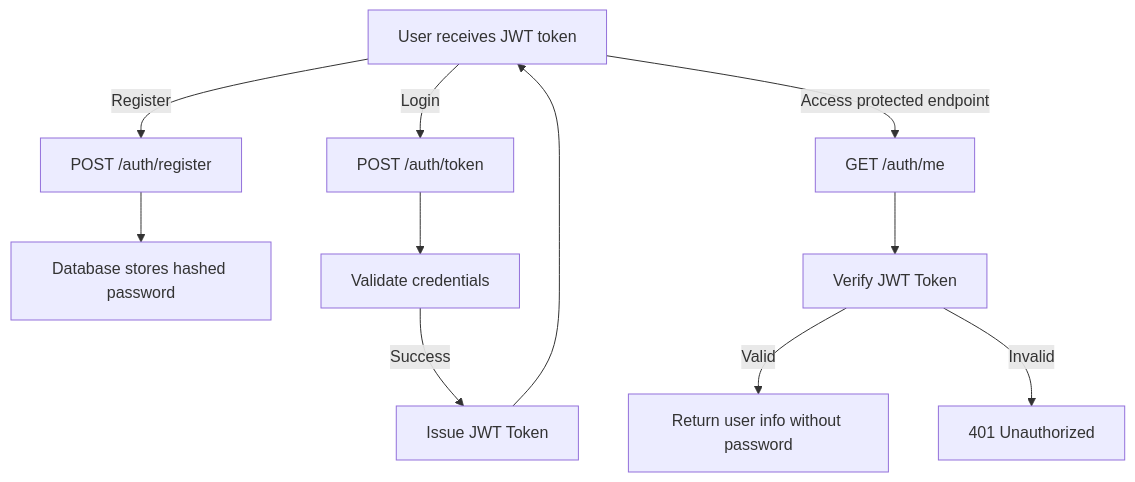
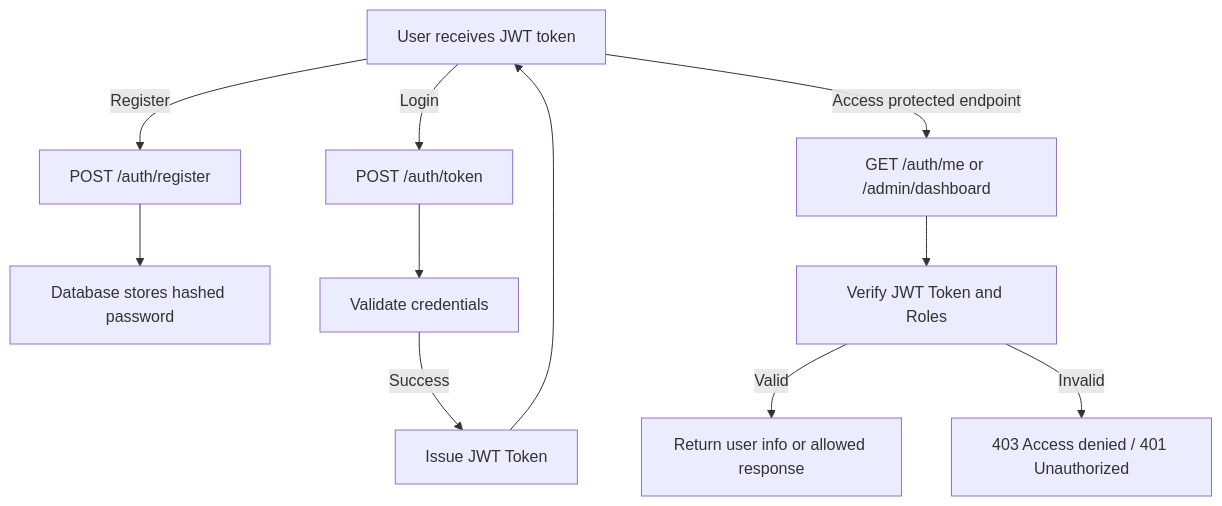
Before and after one commit to henrymbuguakiarie/custom_identity_platform: the diagram in README.md, drawn with Mermaid. The commit also changed other lines of this file and 17 other files, not shown here.

Commit message:
RBAC setup, seeding, and protected endpoint examples

````diff
--- a/README.md
+++ b/README.md
@@ -133,13 +203,13 @@
 ```mermaid
 flowchart TD
     A[User] -->|Register| B[POST /auth/register]
     B --> C[Database stores hashed password]
     A -->|Login| D[POST /auth/token]
     D --> E[Validate credentials]
     E -->|Success| F[Issue JWT Token]
     F --> A[User receives JWT token]
-    A -->|Access protected endpoint| G[GET /auth/me]
-    G --> H[Verify JWT Token]
-    H -->|Valid| I[Return user info without password]
-    H -->|Invalid| J[401 Unauthorized]
+    A -->|Access protected endpoint| G[GET /auth/me or /admin/dashboard]
+    G --> H[Verify JWT Token and Roles]
+    H -->|Valid| I[Return user info or allowed response]
+    H -->|Invalid| J[403 Access denied / 401 Unauthorized]
 ```
````
